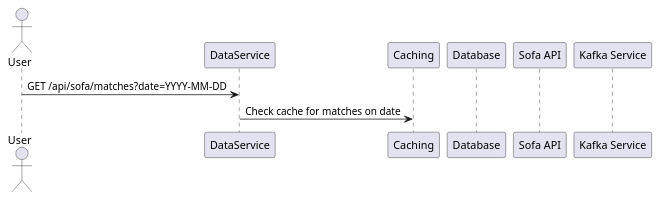
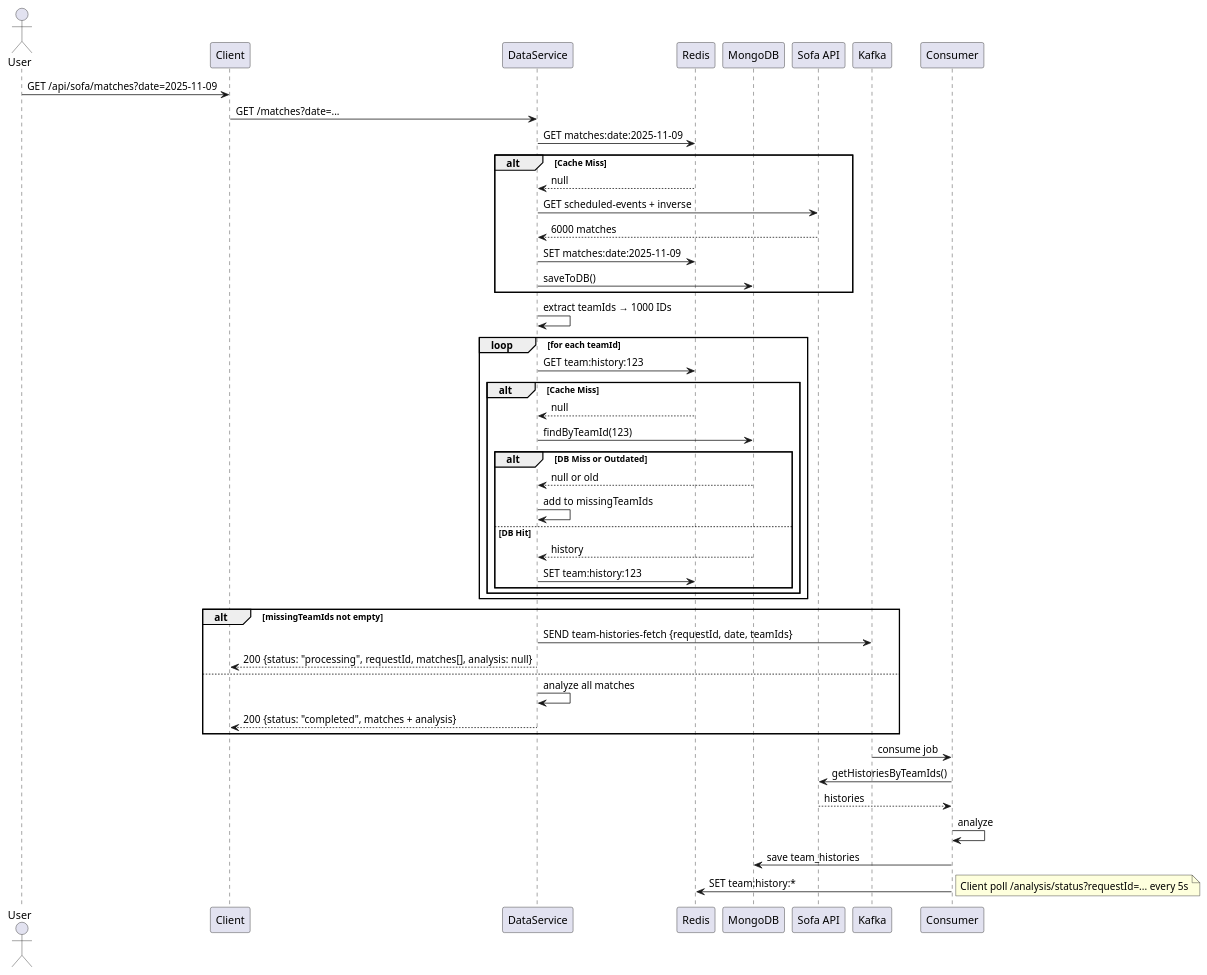
The diagram in diagram/GetMatchesByDate.puml (santosZZ13/data-service), drawn with PlantUML before and after one commit.

```diff
--- a/diagram/GetMatchesByDate.puml
+++ b/diagram/GetMatchesByDate.puml
@@ -51,39 +51,55 @@
 @startuml
-'https://plantuml.com/sequence-diagram
+actor User
+participant "Client" as FE
+participant "DataService" as API
+participant "Redis" as Cache
+participant "MongoDB" as DB
+participant "Sofa API" as Sofa
+participant "Kafka" as Kafka
+participant "Consumer" as Worker
 
-'autonumber
+User -> FE: GET /api/sofa/matches?date=2025-11-09
+FE -> API: GET /matches?date=...
+API -> Cache: GET matches:date:2025-11-09
+alt Cache Miss
+    Cache --> API: null
+    API -> Sofa: GET scheduled-events + inverse
+    Sofa --> API: 6000 matches
+    API -> Cache: SET matches:date:2025-11-09
+    API -> DB: saveToDB()
+end
 
-actor User
-participant "DataService" as DataService
-participant "Caching" as Cache
-participant "Database" as DB
-participant "Sofa API" as Sofa
-participant "Kafka Service" as Kafka
+API -> API: extract teamIds → 1000 IDs
+loop for each teamId
+    API -> Cache: GET team:history:123
+    alt Cache Miss
+        Cache --> API: null
+        API -> DB: findByTeamId(123)
+        alt DB Miss or Outdated
+            DB --> API: null or old
+            API -> API: add to missingTeamIds
+        else DB Hit
+            DB --> API: history
+            API -> Cache: SET team:history:123
+        end
+    end
+end
 
+alt missingTeamIds not empty
+    API -> Kafka: SEND team-histories-fetch {requestId, date, teamIds}
+    API --> FE: 200 {status: "processing", requestId, matches[], analysis: null}
+else
+    API -> API: analyze all matches
+    API --> FE: 200 {status: "completed", matches + analysis}
+end
 
+Kafka -> Worker: consume job
+Worker -> Sofa: getHistoriesByTeamIds()
+Sofa --> Worker: histories
+Worker -> Worker: analyze
+Worker -> DB: save team_histories
+Worker -> Cache: SET team:history:*
 
-User -> DataService: GET /api/sofa/matches?date=YYYY-MM-DD
-DataService -> Cache: Check cache for matches on date
-'alt Cache Hit
-'    Caching --> DataService: Return cached matches
-'else Cache Miss
-'    Caching --> DataService: No cached data
-'    DataService -> Database: Query matches for date
-'    Database --> DataService: Return matches from DB
-'    DataService -> Caching: Store matches in cache
-'    Caching --> DataService: Acknowledgment
-'end alt
-'DataService --> User: 200 OK (matches[])
+note right: Client poll /analysis/status?requestId=... every 5s
 
-
-
-'== Initialization ==
-'
-'Alice -> Bob: Authentication Request
-'Bob --> Alice: Authentication Response
-'
-'== Repetition ==
-'
-'Alice -> Bob: Another authentication Request
-'Alice <-- Bob: another authentication Response
 @enduml
```
